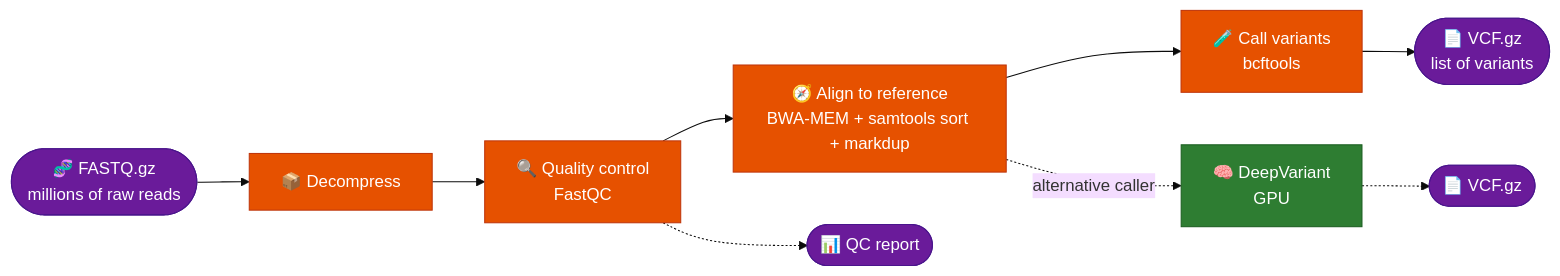
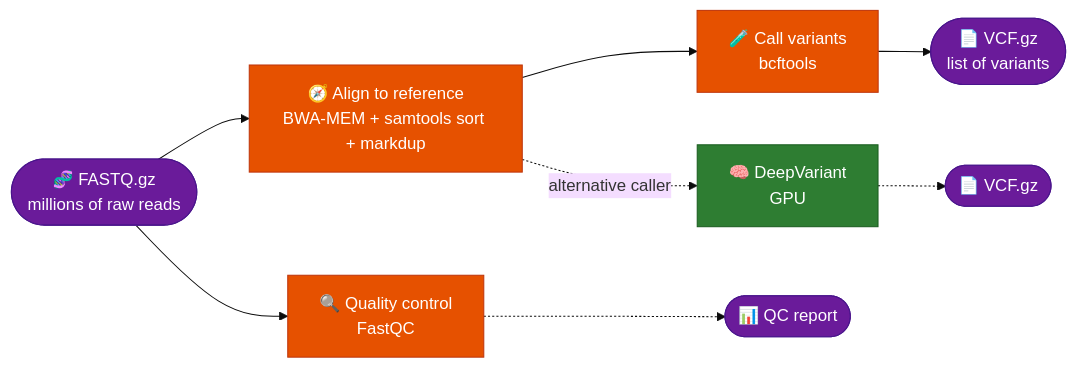
Before and after one commit to Harry5haw/Geyser-Genomics: the first of 3 diagrams in README.md, drawn with Mermaid (base theme). The commit also changed other lines of this file, not shown here.

Commit message:
README: QC and alignment both read the upload, no decompress stage
The cloud architecture diagram still shows four stages until the state
machine change is applied.

````diff
--- a/README.md
+++ b/README.md
@@ -74,18 +74,17 @@
 ```mermaid
 flowchart LR
-    IN(["🧬 FASTQ.gz<br/>millions of raw reads"]) --> D["📦 Decompress"]
-    D --> Q["🔍 Quality control<br/>FastQC"]
-    Q --> A["🧭 Align to reference<br/>BWA-MEM + samtools sort + markdup"]
+    IN(["🧬 FASTQ.gz<br/>millions of raw reads"]) --> Q["🔍 Quality control<br/>FastQC"]
+    IN --> A["🧭 Align to reference<br/>BWA-MEM + samtools sort + markdup"]
     A --> V["🧪 Call variants<br/>bcftools"]
     V --> OUT(["📄 VCF.gz<br/>list of variants"])
     A -.->|"alternative caller"| DV["🧠 DeepVariant<br/>GPU"]
     DV -.-> OUT2(["📄 VCF.gz"])
     Q -.-> R(["📊 QC report"])
 
     classDef io fill:#6A1B9A,stroke:#4A148C,color:#fff
     classDef stage fill:#E65100,stroke:#BF360C,color:#fff
     classDef alt fill:#2E7D32,stroke:#1B5E20,color:#fff
     class IN,OUT,OUT2,R io
-    class D,Q,A,V stage
+    class Q,A,V stage
     class DV alt
 ```
````
